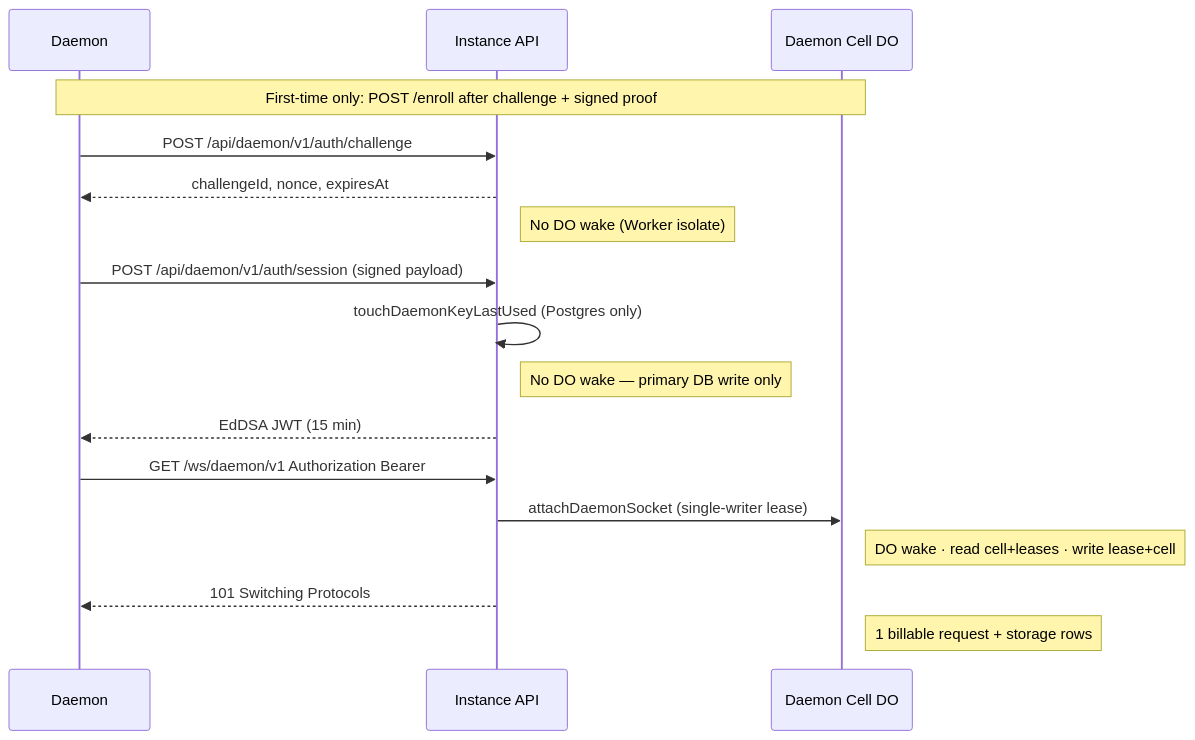
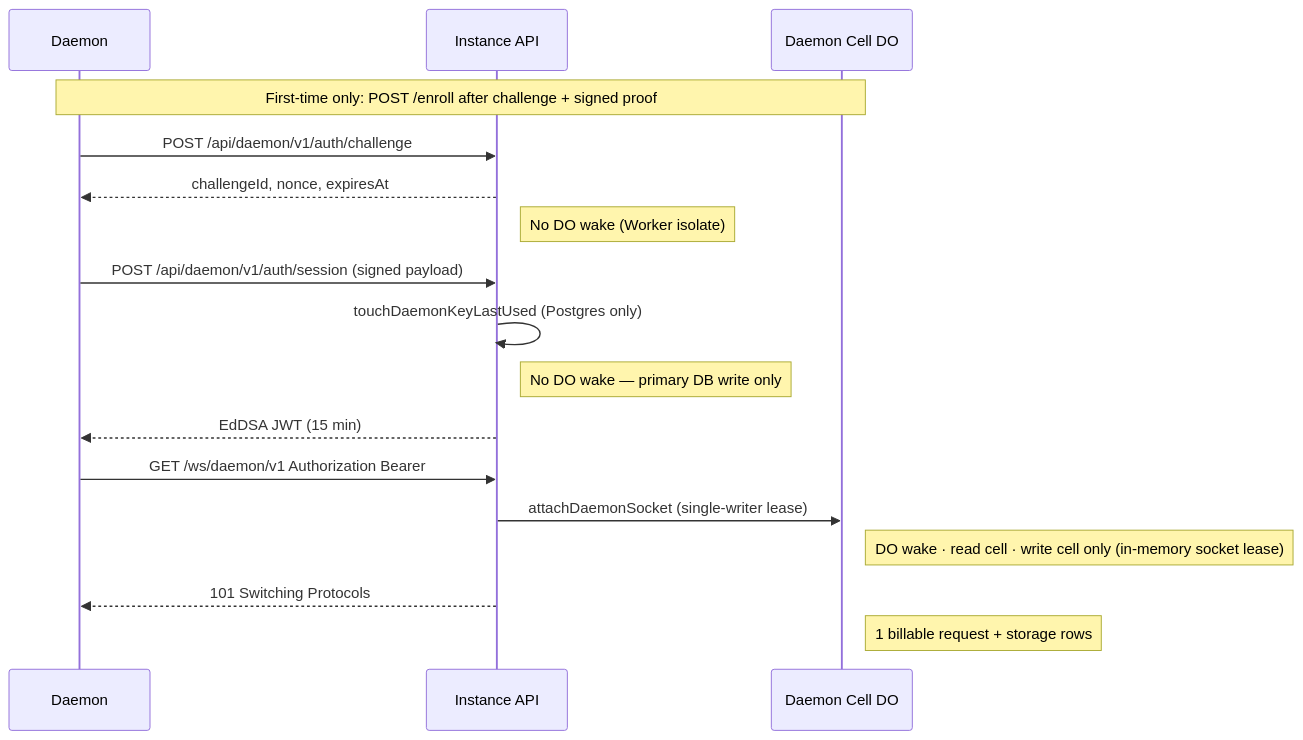
The first of 8 diagrams in docs/architecture/daemon-cell.mdx (TurboPanel/website), drawn with Mermaid before and after one commit. The commit also changed other lines of this file, not shown here.

````diff
--- a/docs/architecture/daemon-cell.mdx
+++ b/docs/architecture/daemon-cell.mdx
@@ -125,23 +131,23 @@
 ```mermaid
 sequenceDiagram
     participant Daemon
     participant Instance as Instance API
     participant Cell as Daemon Cell DO
 
     Note over Daemon,Cell: First-time only: POST /enroll after challenge + signed proof
 
     Daemon->>Instance: POST /api/daemon/v1/auth/challenge
     Instance-->>Daemon: challengeId, nonce, expiresAt
     Note right of Instance: No DO wake (Worker isolate)
 
     Daemon->>Instance: POST /api/daemon/v1/auth/session (signed payload)
     Instance->>Instance: touchDaemonKeyLastUsed (Postgres only)
     Note right of Instance: No DO wake — primary DB write only
     Instance-->>Daemon: EdDSA JWT (15 min)
 
     Daemon->>Instance: GET /ws/daemon/v1 Authorization Bearer
     Instance->>Cell: attachDaemonSocket (single-writer lease)
-    Note right of Cell: DO wake · read cell+leases · write lease+cell
+    Note right of Cell: DO wake · read cell · write cell only (in-memory socket lease)
     Instance-->>Daemon: 101 Switching Protocols
     Note right of Cell: 1 billable request + storage rows
 ```
````
